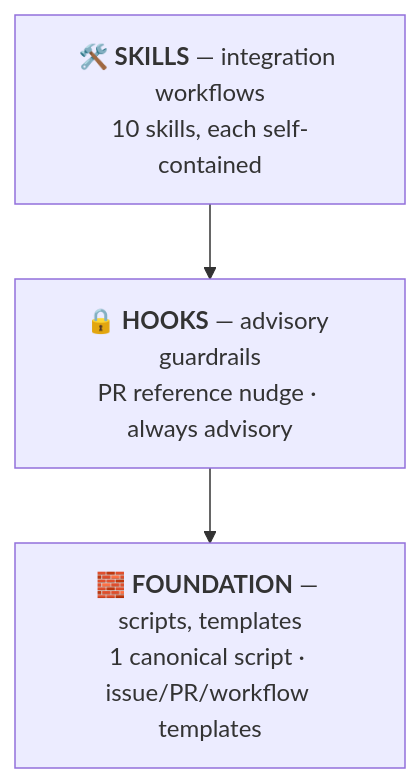
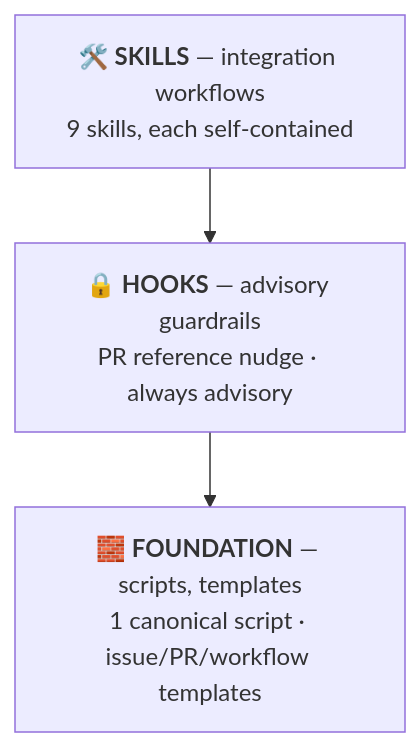
Before and after one commit to alexnodeland/principled: the second of 2 diagrams in plugins/principled-github/README.md, drawn with Mermaid. The commit also changed other lines of this file and 9 other files, not shown here.

````diff
--- a/plugins/principled-github/README.md
+++ b/plugins/principled-github/README.md
@@ -116,8 +116,8 @@
 ```mermaid
 flowchart TB
-    S["🛠️ <b>SKILLS</b> — integration workflows<br/>10 skills, each self-contained"]
+    S["🛠️ <b>SKILLS</b> — integration workflows<br/>9 skills, each self-contained"]
     H["🔒 <b>HOOKS</b> — advisory guardrails<br/>PR reference nudge · always advisory"]
     F["🧱 <b>FOUNDATION</b> — scripts, templates<br/>1 canonical script · issue/PR/workflow templates"]
 
     S --> H --> F
 ```
````
